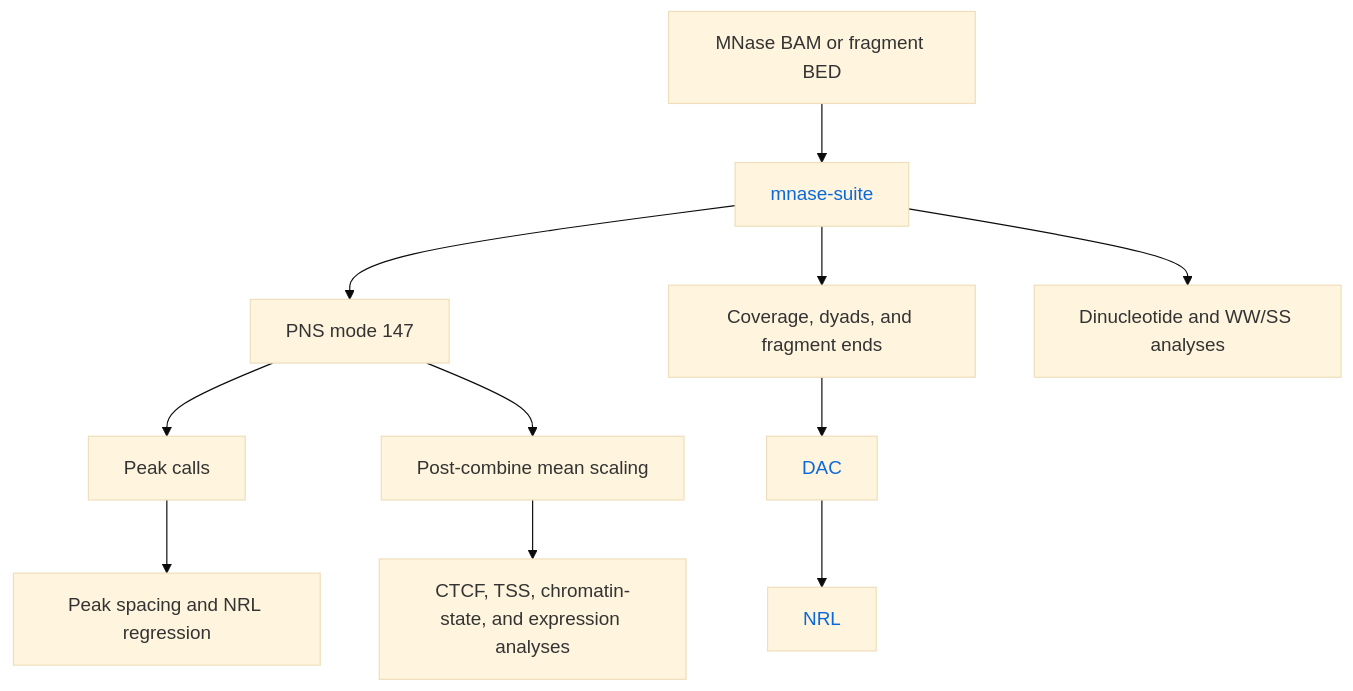
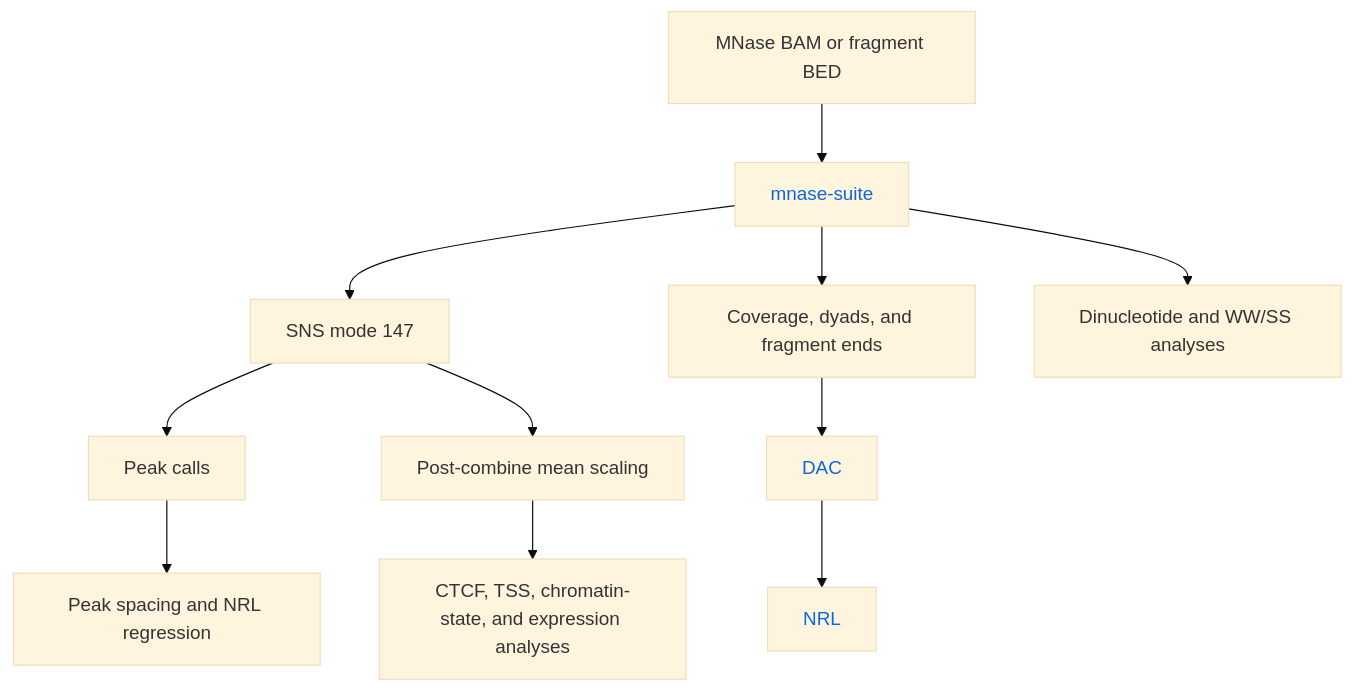
Before and after one commit to adjohnston85/NucleoSuite: the fifth of 18 diagrams in docs/WORKFLOWS.md, drawn with Mermaid (base theme). The commit also changed other lines of this file and 77 other files, not shown here.

````diff
--- a/docs/WORKFLOWS.md
+++ b/docs/WORKFLOWS.md
@@ -124,19 +124,19 @@
 ```mermaid
 flowchart TB
     A[MNase BAM or fragment BED] --> B[mnase-suite]
-    B --> C[PNS mode 147]
+    B --> C[SNS mode 147]
     B --> D[Coverage, dyads, and fragment ends]
     B --> E[Dinucleotide and WW/SS analyses]
     C --> F[Peak calls]
     D --> G[DAC]
     G --> N[NRL]
     F --> H[Peak spacing and NRL regression]
     C --> S[Post-combine mean scaling]
     S --> I[CTCF, TSS, chromatin-state, and expression analyses]
 
     classDef commandLink color:#0969da,text-decoration:none;
     class B,G,N commandLink;
     click B href "https://github.com/adjohnston85/NucleoSuite/blob/main/docs/commands/mnase-suite.md" "Open mnase-suite documentation"
     click G href "https://github.com/adjohnston85/NucleoSuite/blob/main/docs/commands/dac.md" "Open dac documentation"
     click N href "https://github.com/adjohnston85/NucleoSuite/blob/main/docs/commands/nrl.md" "Open nrl documentation"
 ```
````
